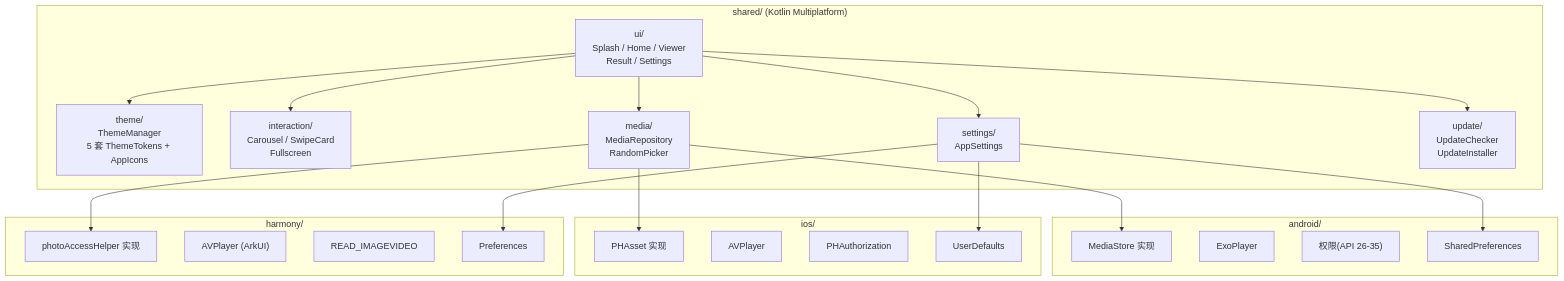
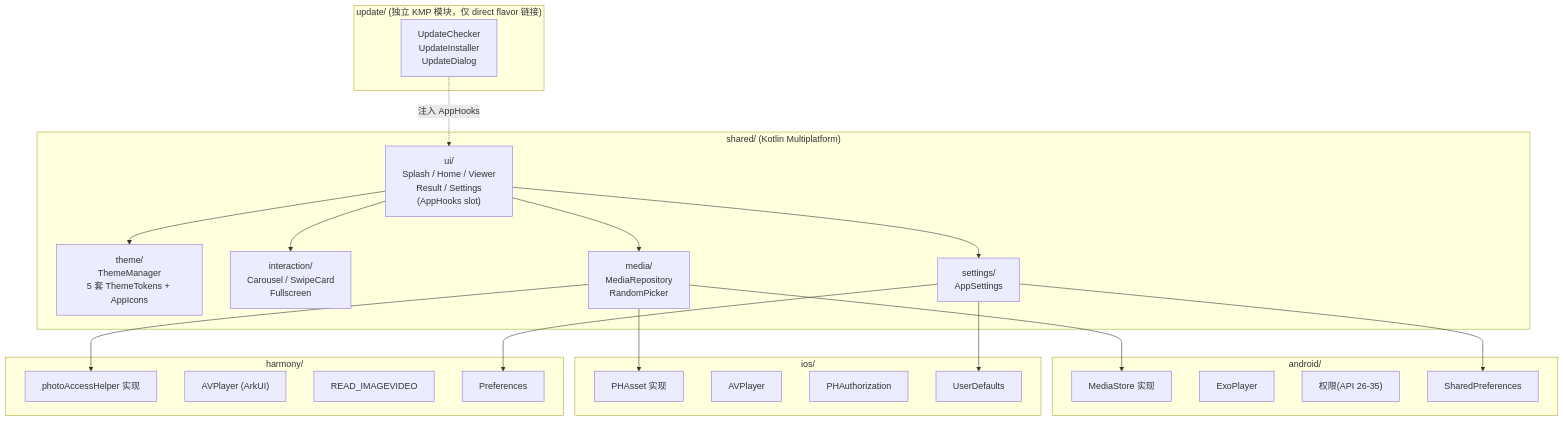
Before and after one commit to maj1999/shuashuaya: the diagram in docs/architecture/overview.md, drawn with Mermaid. The commit also changed other lines of this file and 9 other files, not shown here.

````diff
--- a/docs/architecture/overview.md
+++ b/docs/architecture/overview.md
@@ -17,40 +17,43 @@
 ```mermaid
 graph TB
     subgraph "shared/ (Kotlin Multiplatform)"
-        UI["ui/<br/>Splash / Home / Viewer<br/>Result / Settings"]
+        UI["ui/<br/>Splash / Home / Viewer<br/>Result / Settings<br/>(AppHooks slot)"]
         Theme["theme/<br/>ThemeManager<br/>5 套 ThemeTokens + AppIcons"]
         Interaction["interaction/<br/>Carousel / SwipeCard<br/>Fullscreen"]
         Media["media/<br/>MediaRepository<br/>RandomPicker"]
         Settings["settings/<br/>AppSettings"]
-        Update["update/<br/>UpdateChecker<br/>UpdateInstaller"]
+    end
+
+    subgraph "update/ (独立 KMP 模块，仅 direct flavor 链接)"
+        Update["UpdateChecker<br/>UpdateInstaller<br/>UpdateDialog"]
     end
 
     subgraph "android/"
         A_Media["MediaStore 实现"]
         A_Player["ExoPlayer"]
         A_Perm["权限(API 26-35)"]
         A_Store["SharedPreferences"]
     end
 
     subgraph "ios/"
         I_Media["PHAsset 实现"]
         I_Player["AVPlayer"]
         I_Perm["PHAuthorization"]
         I_Store["UserDefaults"]
     end
 
     subgraph "harmony/"
         H_Media["photoAccessHelper 实现"]
         H_Player["AVPlayer (ArkUI)"]
         H_Perm["READ_IMAGEVIDEO"]
         H_Store["Preferences"]
     end
 
     UI --> Theme
     UI --> Interaction
     UI --> Media
     UI --> Settings
-    UI --> Update
+    Update -.注入 AppHooks.-> UI
     Media --> A_Media & I_Media & H_Media
     Settings --> A_Store & I_Store & H_Store
 ```
````
